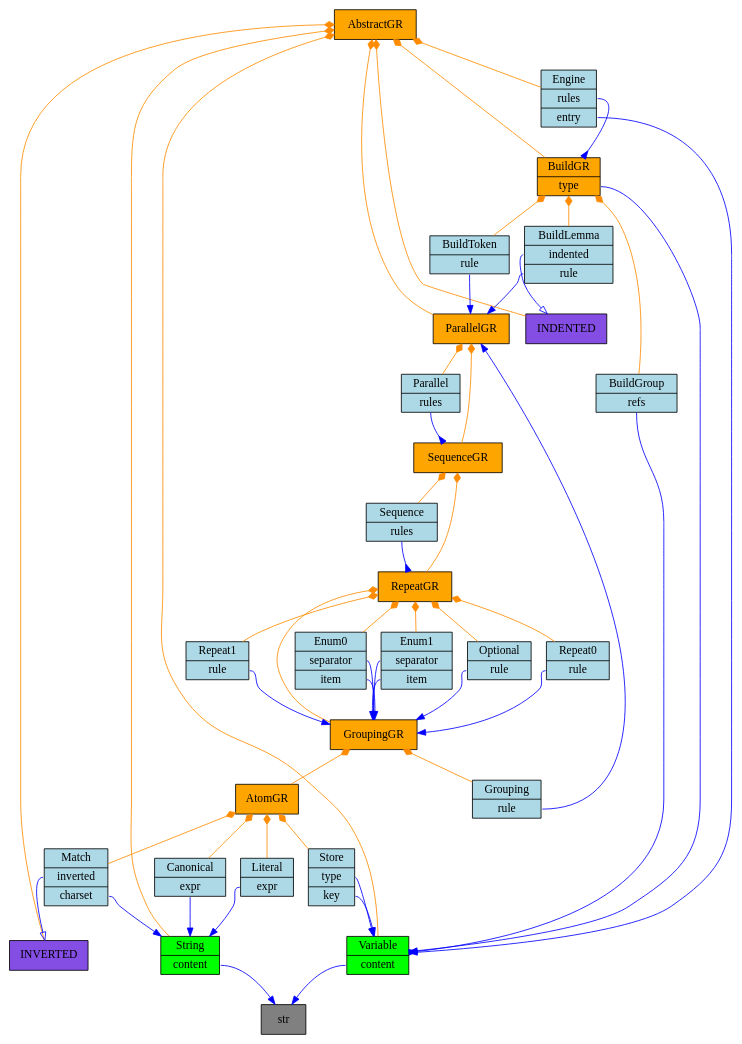
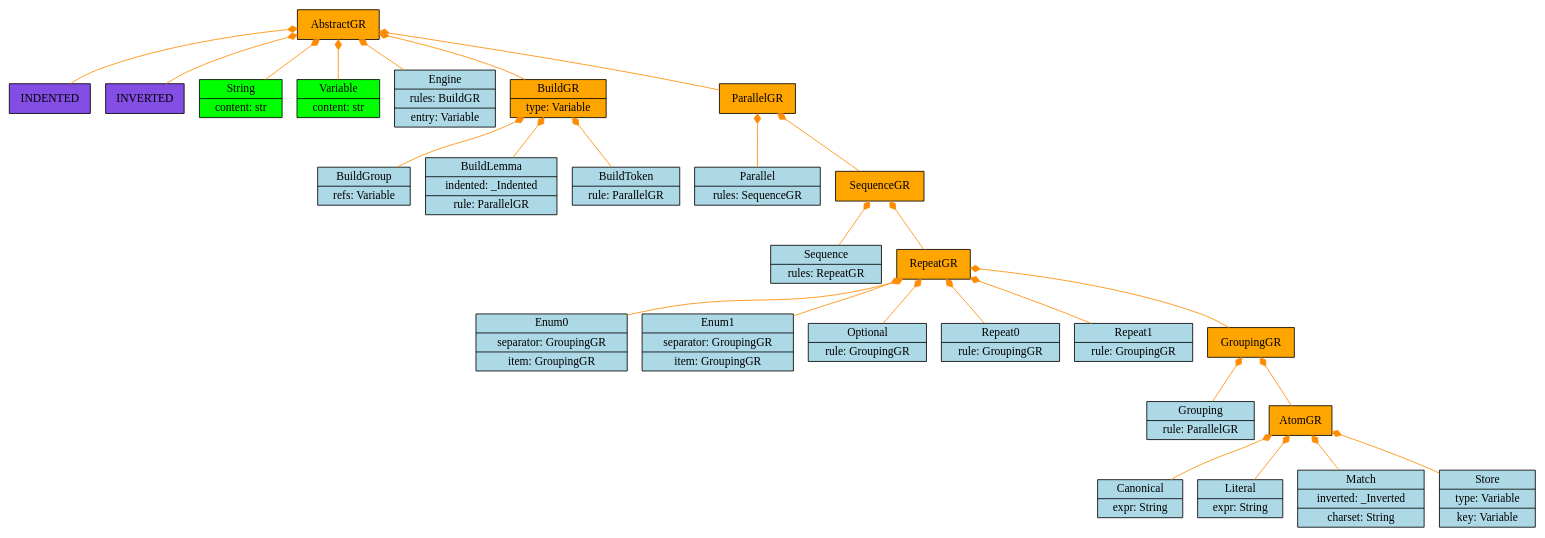
Before and after one commit to GabrielAmare/Language: the diagram in language/base/bnf/v0_1_0/graph.gv, drawn with Graphviz. The commit also changed 8 other files, not shown here.

Commit message:
used utils.graph.structures for ClassManager.use_graph

```diff
--- a/language/base/bnf/v0_1_0/graph.gv
+++ b/language/base/bnf/v0_1_0/graph.gv
@@ -1,81 +1,55 @@
 digraph {
 	AbstractGR [label="{ <> AbstractGR  }" fillcolor=orange shape=record style=filled]
-	str [label=str fillcolor=gray shape=rect style=filled]
 	_Indented [label=INDENTED fillcolor="#844de3" shape=rect style=filled]
 	_Inverted [label=INVERTED fillcolor="#844de3" shape=rect style=filled]
-	String [label="{ <> String | <content> content  }" fillcolor=lime shape=record style=filled]
-	Variable [label="{ <> Variable | <content> content  }" fillcolor=lime shape=record style=filled]
-	Engine [label="{ <> Engine | <rules> rules  | <entry> entry  }" fillcolor=lightblue shape=record style=filled]
-	BuildGR [label="{ <> BuildGR | <type> type  }" fillcolor=orange shape=record style=filled]
+	String [label="{ <> String | <content> content: str }" fillcolor=lime shape=record style=filled]
+	Variable [label="{ <> Variable | <content> content: str }" fillcolor=lime shape=record style=filled]
+	Engine [label="{ <> Engine | <rules> rules: BuildGR | <entry> entry: Variable }" fillcolor=lightblue shape=record style=filled]
+	BuildGR [label="{ <> BuildGR | <type> type: Variable }" fillcolor=orange shape=record style=filled]
 	ParallelGR [label="{ <> ParallelGR  }" fillcolor=orange shape=record style=filled]
-	BuildGroup [label="{ <> BuildGroup | <refs> refs  }" fillcolor=lightblue shape=record style=filled]
-	BuildLemma [label="{ <> BuildLemma | <indented> indented  | <rule> rule  }" fillcolor=lightblue shape=record style=filled]
-	BuildToken [label="{ <> BuildToken | <rule> rule  }" fillcolor=lightblue shape=record style=filled]
-	Parallel [label="{ <> Parallel | <rules> rules  }" fillcolor=lightblue shape=record style=filled]
+	BuildGroup [label="{ <> BuildGroup | <refs> refs: Variable }" fillcolor=lightblue shape=record style=filled]
+	BuildLemma [label="{ <> BuildLemma | <indented> indented: _Indented | <rule> rule: ParallelGR }" fillcolor=lightblue shape=record style=filled]
+	BuildToken [label="{ <> BuildToken | <rule> rule: ParallelGR }" fillcolor=lightblue shape=record style=filled]
+	Parallel [label="{ <> Parallel | <rules> rules: SequenceGR }" fillcolor=lightblue shape=record style=filled]
 	SequenceGR [label="{ <> SequenceGR  }" fillcolor=orange shape=record style=filled]
-	Sequence [label="{ <> Sequence | <rules> rules  }" fillcolor=lightblue shape=record style=filled]
+	Sequence [label="{ <> Sequence | <rules> rules: RepeatGR }" fillcolor=lightblue shape=record style=filled]
 	RepeatGR [label="{ <> RepeatGR  }" fillcolor=orange shape=record style=filled]
-	Enum0 [label="{ <> Enum0 | <separator> separator  | <item> item  }" fillcolor=lightblue shape=record style=filled]
-	Enum1 [label="{ <> Enum1 | <separator> separator  | <item> item  }" fillcolor=lightblue shape=record style=filled]
-	Optional [label="{ <> Optional | <rule> rule  }" fillcolor=lightblue shape=record style=filled]
-	Repeat0 [label="{ <> Repeat0 | <rule> rule  }" fillcolor=lightblue shape=record style=filled]
-	Repeat1 [label="{ <> Repeat1 | <rule> rule  }" fillcolor=lightblue shape=record style=filled]
+	Enum0 [label="{ <> Enum0 | <separator> separator: GroupingGR | <item> item: GroupingGR }" fillcolor=lightblue shape=record style=filled]
+	Enum1 [label="{ <> Enum1 | <separator> separator: GroupingGR | <item> item: GroupingGR }" fillcolor=lightblue shape=record style=filled]
+	Optional [label="{ <> Optional | <rule> rule: GroupingGR }" fillcolor=lightblue shape=record style=filled]
+	Repeat0 [label="{ <> Repeat0 | <rule> rule: GroupingGR }" fillcolor=lightblue shape=record style=filled]
+	Repeat1 [label="{ <> Repeat1 | <rule> rule: GroupingGR }" fillcolor=lightblue shape=record style=filled]
 	GroupingGR [label="{ <> GroupingGR  }" fillcolor=orange shape=record style=filled]
-	Grouping [label="{ <> Grouping | <rule> rule  }" fillcolor=lightblue shape=record style=filled]
+	Grouping [label="{ <> Grouping | <rule> rule: ParallelGR }" fillcolor=lightblue shape=record style=filled]
 	AtomGR [label="{ <> AtomGR  }" fillcolor=orange shape=record style=filled]
-	Canonical [label="{ <> Canonical | <expr> expr  }" fillcolor=lightblue shape=record style=filled]
-	Literal [label="{ <> Literal | <expr> expr  }" fillcolor=lightblue shape=record style=filled]
-	Match [label="{ <> Match | <inverted> inverted  | <charset> charset  }" fillcolor=lightblue shape=record style=filled]
-	Store [label="{ <> Store | <type> type  | <key> key  }" fillcolor=lightblue shape=record style=filled]
+	Canonical [label="{ <> Canonical | <expr> expr: String }" fillcolor=lightblue shape=record style=filled]
+	Literal [label="{ <> Literal | <expr> expr: String }" fillcolor=lightblue shape=record style=filled]
+	Match [label="{ <> Match | <inverted> inverted: _Inverted | <charset> charset: String }" fillcolor=lightblue shape=record style=filled]
+	Store [label="{ <> Store | <type> type: Variable | <key> key: Variable }" fillcolor=lightblue shape=record style=filled]
 	AbstractGR -> _Indented [arrowtail=diamond color=darkorange dir=back]
 	AbstractGR -> _Inverted [arrowtail=diamond color=darkorange dir=back]
 	AbstractGR -> String [arrowtail=diamond color=darkorange dir=back]
 	AbstractGR -> Variable [arrowtail=diamond color=darkorange dir=back]
 	AbstractGR -> Engine [arrowtail=diamond color=darkorange dir=back]
 	AbstractGR -> BuildGR [arrowtail=diamond color=darkorange dir=back]
 	AbstractGR -> ParallelGR [arrowtail=diamond color=darkorange dir=back]
-	String:content -> str [arrowhead=normal color=blue]
-	Variable:content -> str [arrowhead=normal color=blue]
-	Engine:entry -> Variable [arrowhead=normal color=blue]
-	Engine:rules -> BuildGR [arrowhead=inv color=blue]
 	BuildGR -> BuildGroup [arrowtail=diamond color=darkorange dir=back]
 	BuildGR -> BuildLemma [arrowtail=diamond color=darkorange dir=back]
 	BuildGR -> BuildToken [arrowtail=diamond color=darkorange dir=back]
-	BuildGR:type -> Variable [arrowhead=normal color=blue]
 	ParallelGR -> Parallel [arrowtail=diamond color=darkorange dir=back]
 	ParallelGR -> SequenceGR [arrowtail=diamond color=darkorange dir=back]
-	BuildGroup:refs -> Variable [arrowhead=inv color=blue]
-	BuildLemma:indented -> _Indented [arrowhead=onormal color=blue]
-	BuildLemma:rule -> ParallelGR [arrowhead=normal color=blue]
-	BuildToken:rule -> ParallelGR [arrowhead=normal color=blue]
-	Parallel:rules -> SequenceGR [arrowhead=inv color=blue]
 	SequenceGR -> Sequence [arrowtail=diamond color=darkorange dir=back]
 	SequenceGR -> RepeatGR [arrowtail=diamond color=darkorange dir=back]
-	Sequence:rules -> RepeatGR [arrowhead=inv color=blue]
 	RepeatGR -> Enum0 [arrowtail=diamond color=darkorange dir=back]
 	RepeatGR -> Enum1 [arrowtail=diamond color=darkorange dir=back]
 	RepeatGR -> Optional [arrowtail=diamond color=darkorange dir=back]
 	RepeatGR -> Repeat0 [arrowtail=diamond color=darkorange dir=back]
 	RepeatGR -> Repeat1 [arrowtail=diamond color=darkorange dir=back]
 	RepeatGR -> GroupingGR [arrowtail=diamond color=darkorange dir=back]
-	Enum0:item -> GroupingGR [arrowhead=normal color=blue]
-	Enum0:separator -> GroupingGR [arrowhead=normal color=blue]
-	Enum1:item -> GroupingGR [arrowhead=normal color=blue]
-	Enum1:separator -> GroupingGR [arrowhead=normal color=blue]
-	Optional:rule -> GroupingGR [arrowhead=normal color=blue]
-	Repeat0:rule -> GroupingGR [arrowhead=normal color=blue]
-	Repeat1:rule -> GroupingGR [arrowhead=normal color=blue]
 	GroupingGR -> Grouping [arrowtail=diamond color=darkorange dir=back]
 	GroupingGR -> AtomGR [arrowtail=diamond color=darkorange dir=back]
-	Grouping:rule -> ParallelGR [arrowhead=normal color=blue]
 	AtomGR -> Canonical [arrowtail=diamond color=darkorange dir=back]
 	AtomGR -> Literal [arrowtail=diamond color=darkorange dir=back]
 	AtomGR -> Match [arrowtail=diamond color=darkorange dir=back]
 	AtomGR -> Store [arrowtail=diamond color=darkorange dir=back]
-	Canonical:expr -> String [arrowhead=normal color=blue]
-	Literal:expr -> String [arrowhead=normal color=blue]
-	Match:charset -> String [arrowhead=normal color=blue]
-	Match:inverted -> _Inverted [arrowhead=onormal color=blue]
-	Store:key -> Variable [arrowhead=normal color=blue]
-	Store:type -> Variable [arrowhead=normal color=blue]
 }
```
